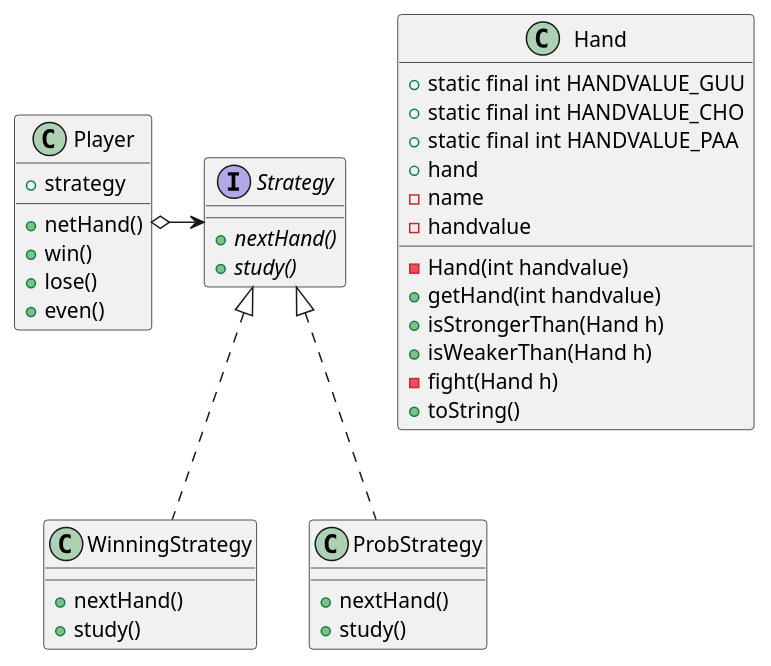
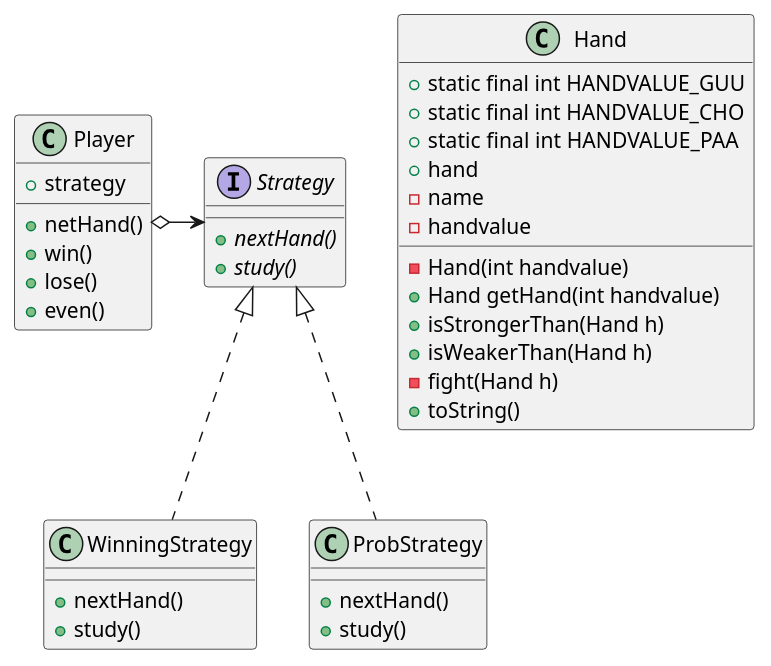
One commit to ku2ma2/design_pattern changed the diagram in Strategy/README.md. Above: the diagram before and after it, drawn with PlantUML. The commit also changed other lines of this file and 3 other files, not shown here.

````diff
--- a/Strategy/README.md
+++ b/Strategy/README.md
@@ -4,48 +4,48 @@
 ```uml
 @startuml
 
 class Player {
     +strategy
     +netHand()
     +win()
     +lose()
     +even()
 }
 
 interface Strategy {
     {abstract} +nextHand()
     {abstract} +study()
 }
 
 class WinningStrategy {
     +nextHand()
     +study()
 }
 
 class ProbStrategy {
     +nextHand()
     +study()
 }
 
 class Hand {
     +static final int HANDVALUE_GUU
     +static final int HANDVALUE_CHO
     +static final int HANDVALUE_PAA
     +hand
     -name
     -handvalue
     -Hand(int handvalue)
-    +getHand(int handvalue)
+    +Hand getHand(int handvalue)
     +isStrongerThan(Hand h)
     +isWeakerThan(Hand h)
     -fight(Hand h)
     +toString()
 }
 
 Player o-right-> Strategy
 WinningStrategy .up.|> Strategy
 ProbStrategy .up.|> Strategy
 
 
 @enduml
 ```
````
